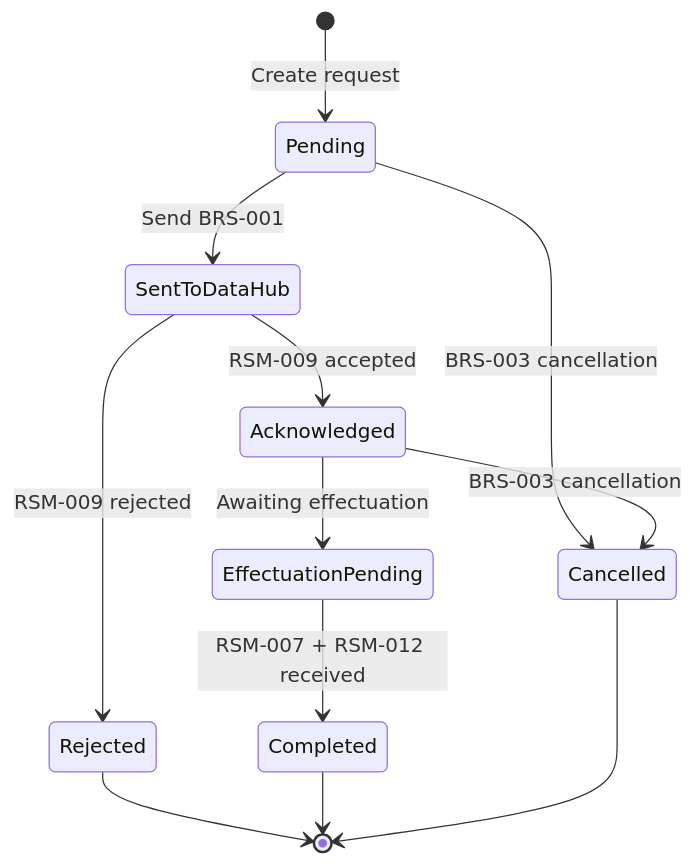
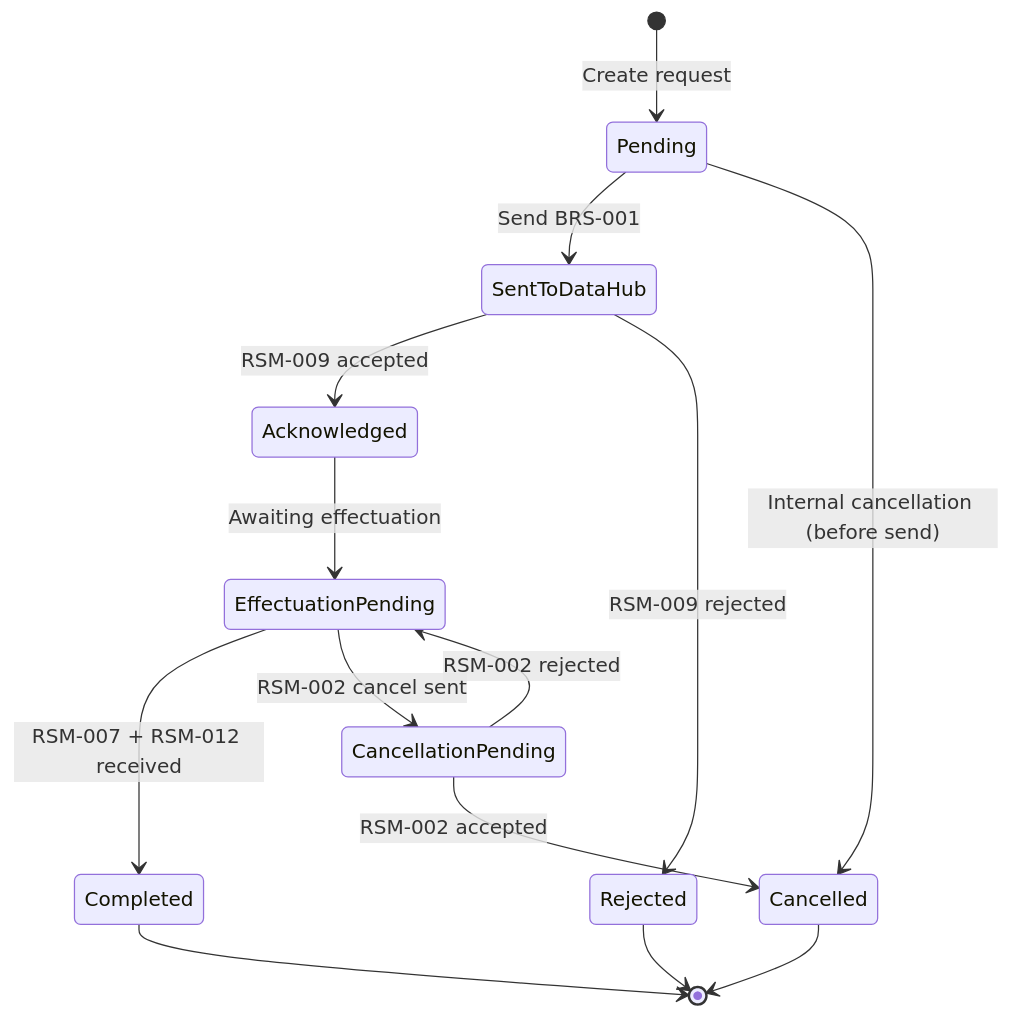
The ninth of 10 diagrams in docs/3-architecture/datahub3-class-diagram.md (kloppnr1/DataHub.Exploration), drawn with Mermaid before and after one commit. The commit also changed 25 other files, not shown here.

First line of the commit message:
Remove cancel_correlation_id — cancellation uses same BRS-001 correlation ID

````diff
--- a/docs/3-architecture/datahub3-class-diagram.md
+++ b/docs/3-architecture/datahub3-class-diagram.md
@@ -591,14 +591,16 @@
 ```mermaid
 stateDiagram-v2
     [*] --> Pending : Create request
     Pending --> SentToDataHub : Send BRS-001
     SentToDataHub --> Acknowledged : RSM-009 accepted
     SentToDataHub --> Rejected : RSM-009 rejected
     Acknowledged --> EffectuationPending : Awaiting effectuation
     EffectuationPending --> Completed : RSM-007 + RSM-012 received
-    Pending --> Cancelled : BRS-003 cancellation
-    Acknowledged --> Cancelled : BRS-003 cancellation
+    Pending --> Cancelled : Internal cancellation (before send)
+    EffectuationPending --> CancellationPending : RSM-002 cancel sent
+    CancellationPending --> Cancelled : RSM-002 accepted
+    CancellationPending --> EffectuationPending : RSM-002 rejected
     Rejected --> [*]
     Completed --> [*]
     Cancelled --> [*]
 ```
````
